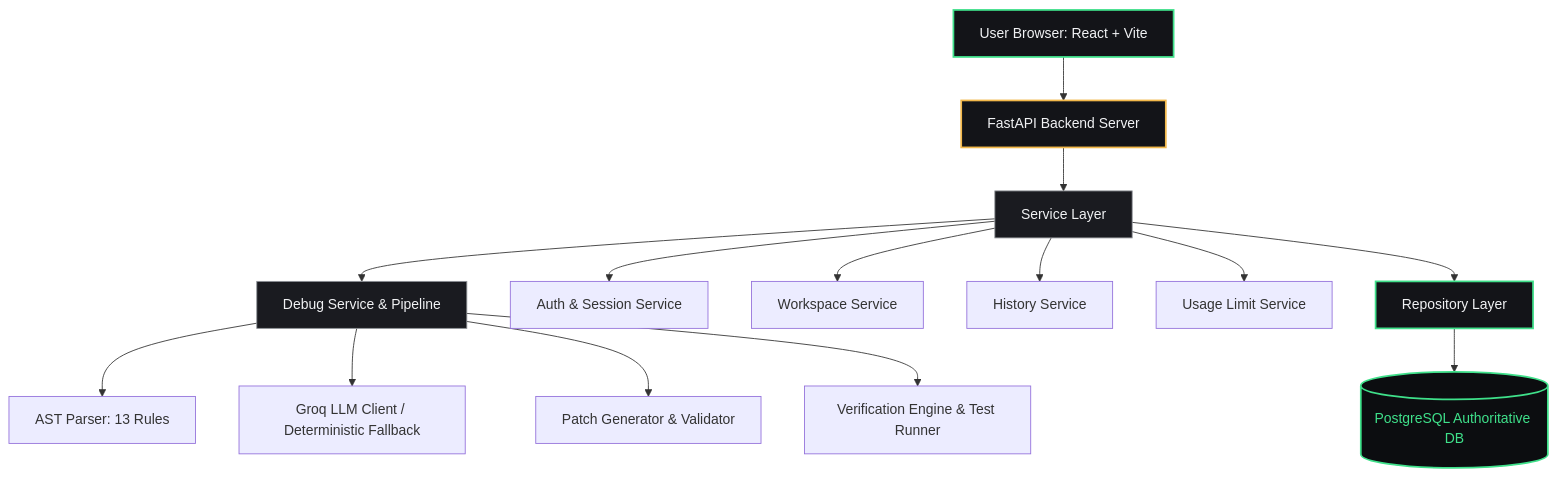
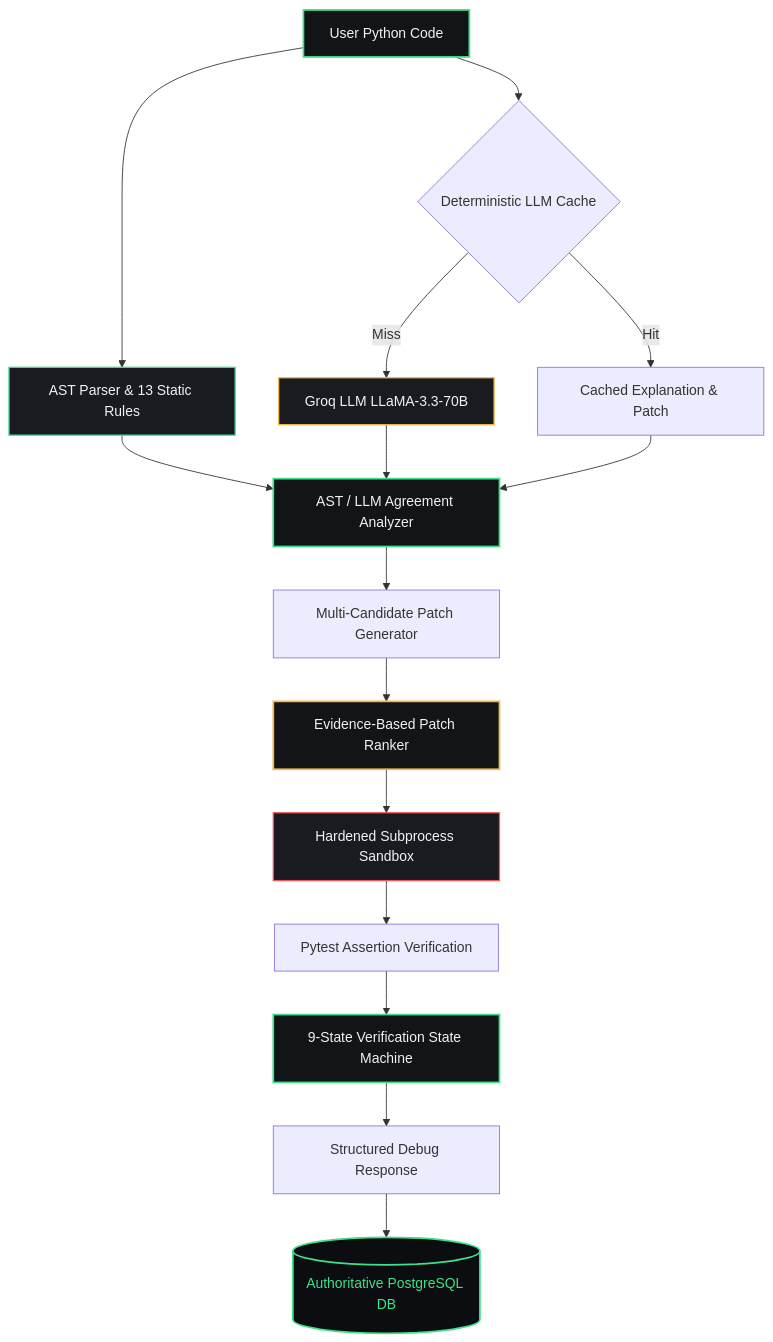
Before and after one commit to joshi-chinmay-016/NeuroDebug: the first of 5 diagrams in README.md, drawn with Mermaid. The commit also changed other lines of this file, not shown here.

Commit message:
docs: update week 5 architecture diagrams and benchmark evaluation report

````diff
--- a/README.md
+++ b/README.md
@@ -80,23 +69,31 @@
 ```mermaid
 graph TD
-    A[User Browser: React + Vite] --> B[FastAPI Backend Server]
-    B --> C[Service Layer]
-    C --> D[Debug Service & Pipeline]
-    D --> E[AST Parser: 13 Rules]
-    D --> F[Groq LLM Client / Deterministic Fallback]
-    D --> G[Patch Generator & Validator]
-    D --> H[Verification Engine & Test Runner]
-    C --> I[Auth & Session Service]
-    C --> J[Workspace Service]
-    C --> K[History Service]
-    C --> L[Usage Limit Service]
-    C --> M[Repository Layer]
-    M --> N[(PostgreSQL Authoritative DB)]
+    UserCode[User Python Code] --> ASTParser[AST Parser & 13 Static Rules]
+    UserCode --> LLMCache{Deterministic LLM Cache}
     
-    style A fill:#131418,stroke:#3FE08A,stroke-width:2px,color:#F1F2F4
-    style B fill:#131418,stroke:#F2B84B,stroke-width:2px,color:#F1F2F4
-    style C fill:#1A1B20,stroke:#8D9096,stroke-width:1px,color:#F1F2F4
-    style D fill:#1A1B20,stroke:#8D9096,stroke-width:1px,color:#F1F2F4
-    style M fill:#131418,stroke:#3FE08A,stroke-width:2px,color:#F1F2F4
-    style N fill:#0C0D10,stroke:#3FE08A,stroke-width:2px,color:#3FE08A
+    LLMCache -- Miss --> GroqLLM[Groq LLM LLaMA-3.3-70B]
+    LLMCache -- Hit --> CachedAnalysis[Cached Explanation & Patch]
+    
+    ASTParser --> AgreementAnalyzer[AST / LLM Agreement Analyzer]
+    GroqLLM --> AgreementAnalyzer
+    CachedAnalysis --> AgreementAnalyzer
+    
+    AgreementAnalyzer --> PatchGen[Multi-Candidate Patch Generator]
+    PatchGen --> PatchRanker[Evidence-Based Patch Ranker]
+    
+    PatchRanker --> SubprocessExec[Hardened Subprocess Sandbox]
+    SubprocessExec --> PytestRunner[Pytest Assertion Verification]
+    
+    PytestRunner --> VerifStateMachine[9-State Verification State Machine]
+    VerifStateMachine --> APIResponse[Structured Debug Response]
+    APIResponse --> PostgresDB[(Authoritative PostgreSQL DB)]
+    
+    style UserCode fill:#131418,stroke:#3FE08A,stroke-width:2px,color:#F1F2F4
+    style ASTParser fill:#1A1B20,stroke:#3FE08A,stroke-width:1.5px,color:#F1F2F4
+    style GroqLLM fill:#1A1B20,stroke:#F2B84B,stroke-width:1.5px,color:#F1F2F4
+    style AgreementAnalyzer fill:#131418,stroke:#3FE08A,stroke-width:2px,color:#F1F2F4
+    style PatchRanker fill:#131418,stroke:#F2B84B,stroke-width:2px,color:#F1F2F4
+    style SubprocessExec fill:#1A1B20,stroke:#F2555A,stroke-width:1.5px,color:#F1F2F4
+    style VerifStateMachine fill:#131418,stroke:#3FE08A,stroke-width:2px,color:#F1F2F4
+    style PostgresDB fill:#0C0D10,stroke:#3FE08A,stroke-width:2px,color:#3FE08A
 ```
````
